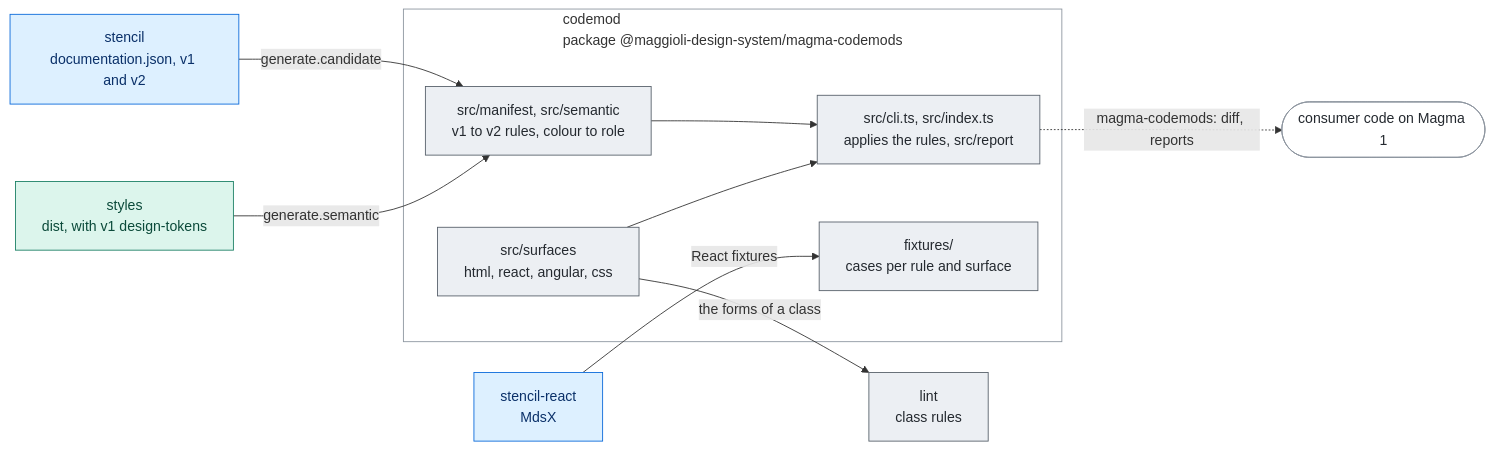
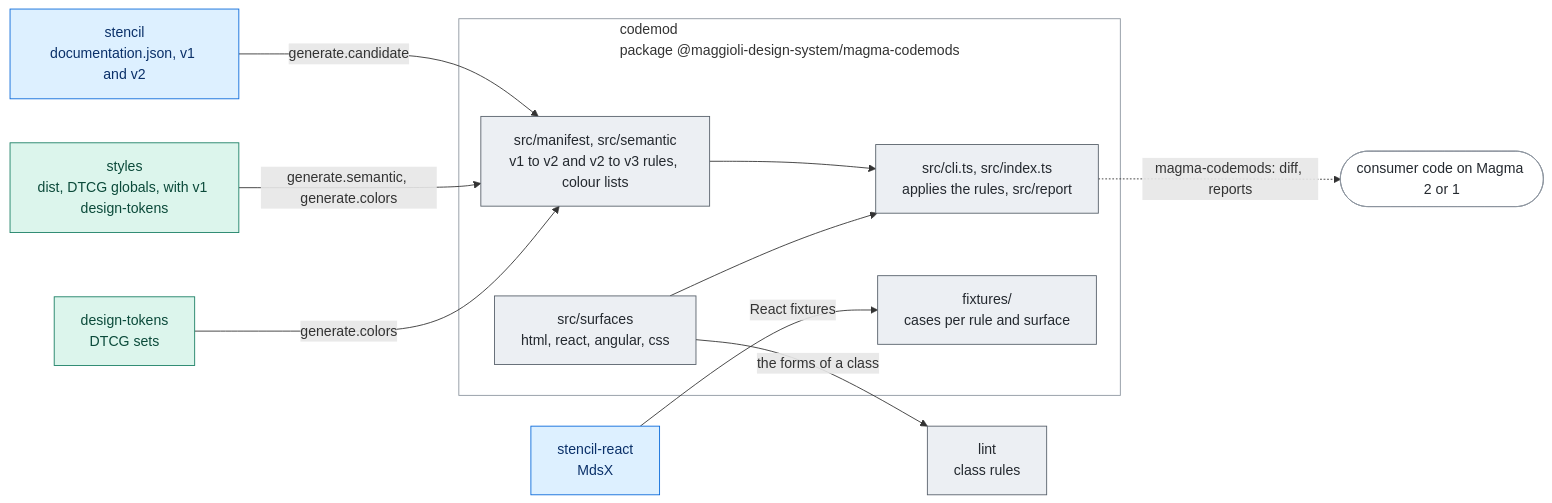
One commit to magma-design-system/magma changed the diagram in projects/codemod/README.md. Above: the diagram before and after it, drawn with Mermaid. The commit also changed other lines of this file and 69 other files, not shown here.

````diff
--- a/projects/codemod/README.md
+++ b/projects/codemod/README.md
@@ -16,32 +19,34 @@
 ```mermaid
 flowchart LR
   WC["stencil<br/>documentation.json, v1 and v2"]
-  ST["styles<br/>dist, with v1 design-tokens"]
+  DT["design-tokens<br/>DTCG sets"]
+  ST["styles<br/>dist, DTCG globals, with v1 design-tokens"]
   RE["stencil-react<br/>MdsX"]
   subgraph cm["codemod<br/>package @maggioli-design-system/magma-codemods"]
-    RULES["src/manifest, src/semantic<br/>v1 to v2 rules, colour to role"]
+    RULES["src/manifest, src/semantic<br/>v1 to v2 and v2 to v3 rules, colour lists"]
     SURF["src/surfaces<br/>html, react, angular, css"]
     RUN["src/cli.ts, src/index.ts<br/>applies the rules, src/report"]
     FIX["fixtures/<br/>cases per rule and surface"]
     RULES --> RUN
     SURF --> RUN
   end
   WC -->|"generate.candidate"| RULES
-  ST -->|"generate.semantic"| RULES
+  ST -->|"generate.semantic, generate.colors"| RULES
+  DT -->|"generate.colors"| RULES
   RE -->|"React fixtures"| FIX
   SURF -->|"the forms of a class"| LINT["lint<br/>class rules"]
-  RUN -.->|"magma-codemods: diff, reports"| APP(["consumer code on Magma 1"])
+  RUN -.->|"magma-codemods: diff, reports"| APP(["consumer code on Magma 2 or 1"])
   class LINT tooling
-  class ST visual
+  class DT,ST visual
   class WC,RE components
   class RULES,SURF,RUN,FIX tooling
   class APP outside
   class cm area
   classDef ai fill:#efe5ff,stroke:#8250df,color:#3e1f79
   classDef assets fill:#fff1d6,stroke:#bf8700,color:#5c3d00
   classDef visual fill:#dcf5ec,stroke:#1a7f64,color:#0b4a3a
   classDef components fill:#ddf0ff,stroke:#0969da,color:#0a3069
   classDef tooling fill:#eceff3,stroke:#57606a,color:#24292f
   classDef outside fill:#ffffff,stroke:#8c959f,color:#24292f
   classDef area fill:none,stroke:#8c959f
 ```
````
